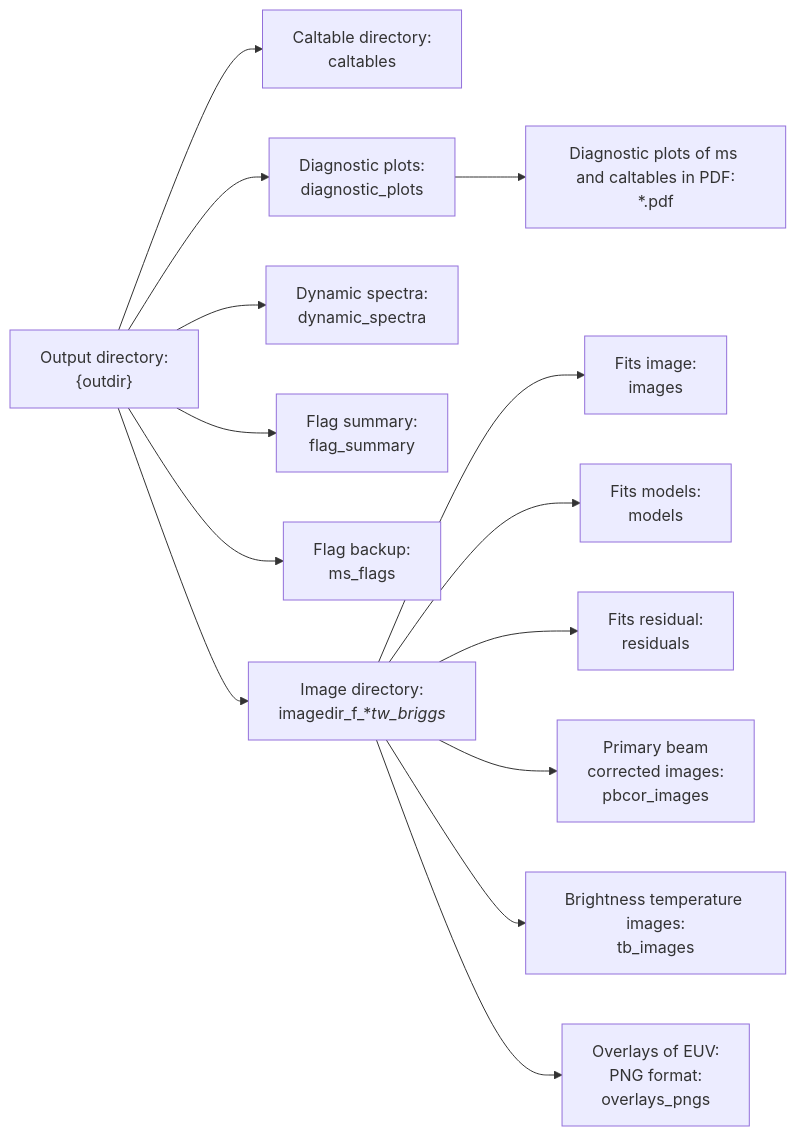
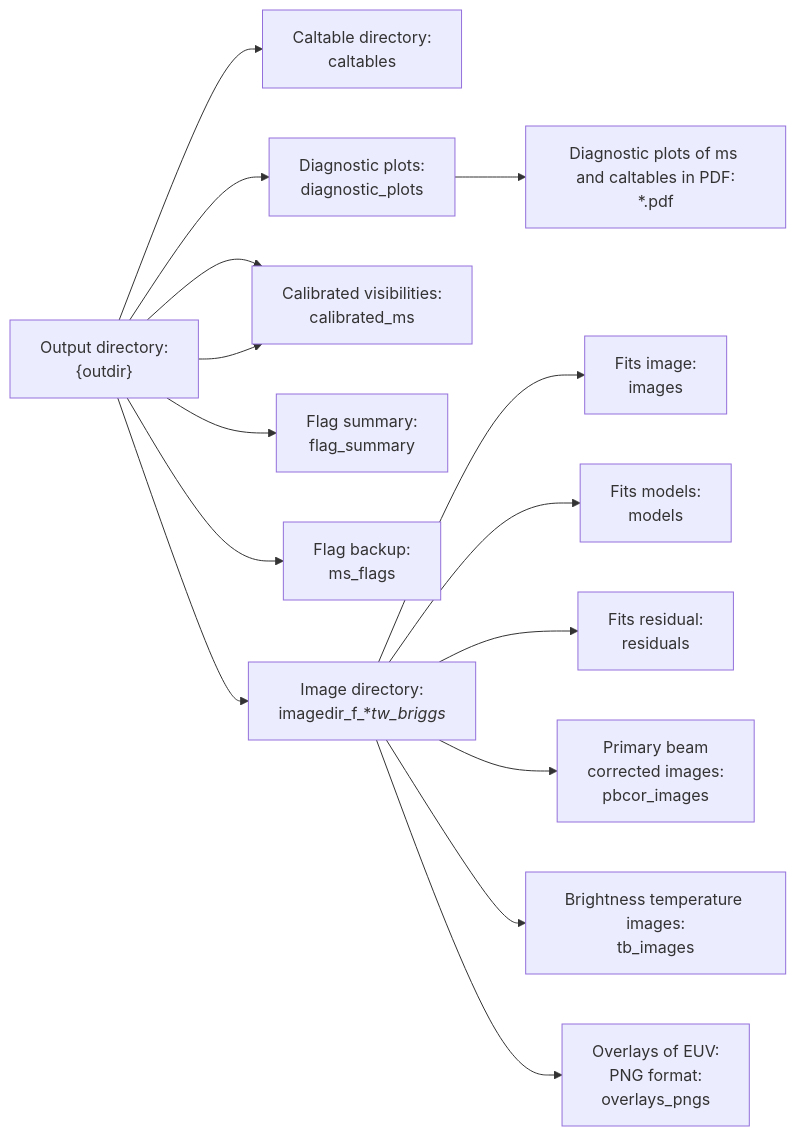
Before and after one commit to devojyoti96/P-AIRCARS: the second of 2 diagrams in docs/source/output.rst, drawn with Mermaid. The commit also changed other lines of this file, not shown here.

```diff
--- a/docs/source/output.rst
+++ b/docs/source/output.rst
@@ -53,16 +53,17 @@
    .. mermaid::
 
        graph LR
            WD["Output directory:<br>{outdir}"] --> CALTABLE["Caltable directory:<br>caltables"]
            WD --> DP["`Diagnostic plots:<br>diagnostic_plots`"]
            DP --> DPPDF["`Diagnostic plots of ms and caltables in PDF:<br>*.pdf`"]
            WD --> DS["`Dynamic spectra:<br>dynamic_spectra`"]
+           WD --> DS["`Calibrated visibilities:<br>calibrated_ms`"]
            WD --> FS["`Flag summary:<br>flag_summary`"]
            WD --> FV["`Flag backup:<br>ms_flags`"]
            WD --> IMG["`Image directory:<br>imagedir_f_*_t_*_w_briggs_*`"]
            IMG --> IMAGE["Fits image:<br>images"]
            IMG --> MODEL["Fits models:<br>models"]
            IMG --> RES["Fits residual:<br>residuals"]
            IMG --> PBCOR["`Primary beam<br>corrected images:<br>pbcor_images`"]
            IMG --> TBIMG["`Brightness temperature images:<br>tb_images`"]
            IMG --> OVRPNG["Overlays of EUV:<br>PNG format:<br>overlays_pngs"]
```
